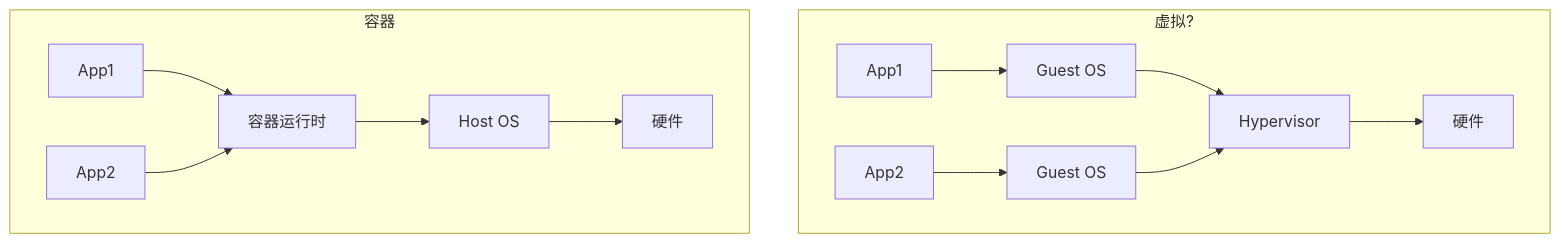
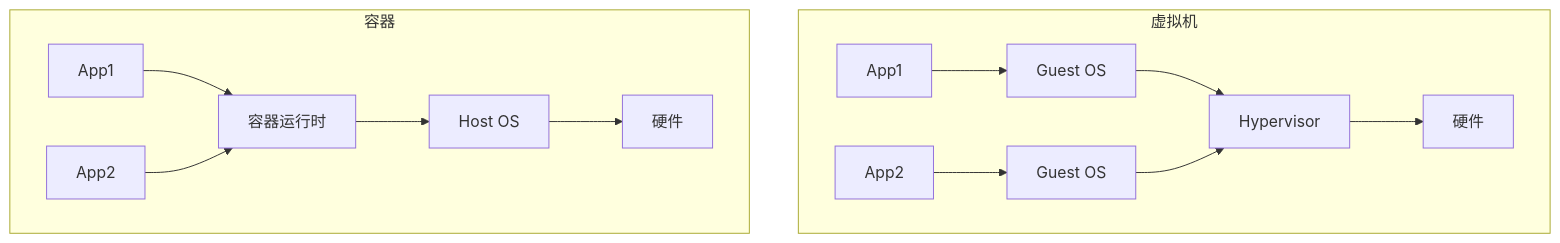
Before and after one commit to DongXYstdu/software-fundamentals: the first of 7 diagrams in _posts/2026-05-06-DevOps-容器化与Kubernetes.md, drawn with Mermaid. The commit also changed other lines of this file and 1 other file, not shown here.

````diff
--- a/_posts/2026-05-06-DevOps-容器化与Kubernetes.md
+++ b/_posts/2026-05-06-DevOps-容器化与Kubernetes.md
@@ -22,17 +22,17 @@
 ```mermaid
 graph TB
-    subgraph 虚拟?
+    subgraph 虚拟机
         APP1[App1] --> OS1[Guest OS]
         APP2[App2] --> OS2[Guest OS]
         OS1 --> Hypervisor[Hypervisor]
         OS2 --> Hypervisor
         Hypervisor --> HW1[硬件]
     end
 
     subgraph 容器
         APP3[App1] --> RL1[容器运行时]
         APP4[App2] --> RL1
         RL1 --> HostOS[Host OS]
         HostOS --> HW2[硬件]
     end
 ```
````
